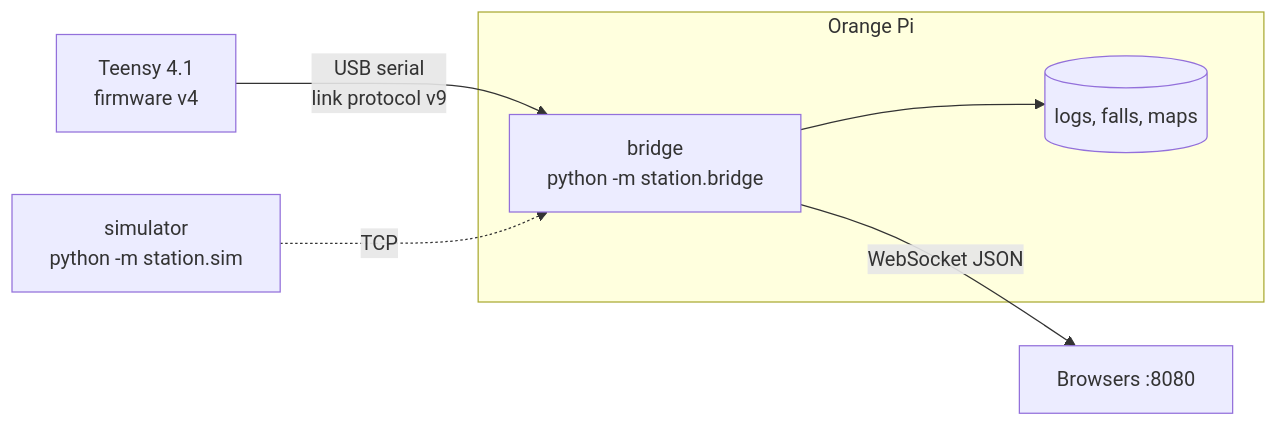
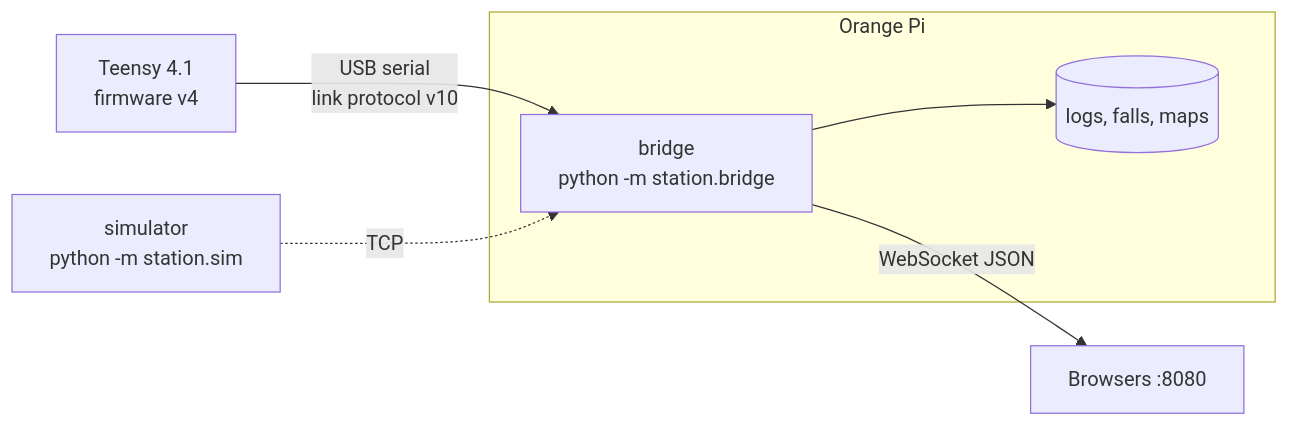
The first of 3 diagrams in station/README.md (nespotts/self_balancing_robot_3), drawn with Mermaid before and after one commit. The commit also changed 22 other files, not shown here.

````diff
--- a/station/README.md
+++ b/station/README.md
@@ -5,9 +5,9 @@
 ```mermaid
 flowchart LR
-  T[Teensy 4.1<br>firmware v4] -- "USB serial<br>link protocol v9" --> B
+  T[Teensy 4.1<br>firmware v4] -- "USB serial<br>link protocol v10" --> B
   subgraph Pi[Orange Pi]
     B[bridge<br>python -m station.bridge] --> L[(logs, falls, maps)]
   end
   B -- "WebSocket JSON" --> W[Browsers :8080]
   S[simulator<br>python -m station.sim] -. "TCP" .-> B
 ```
````
